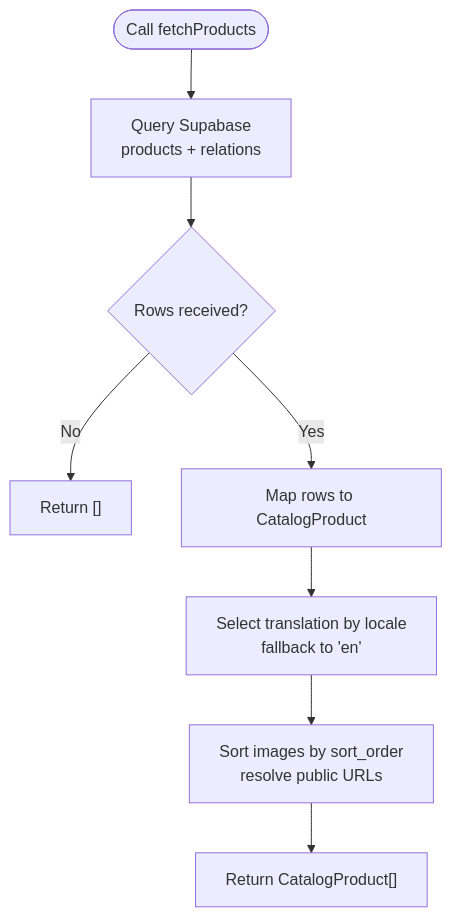
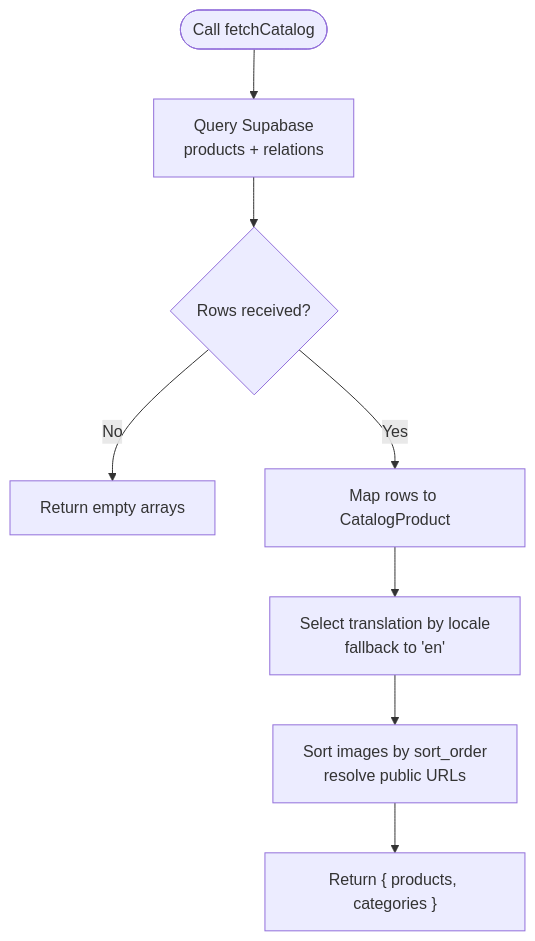
Before and after one commit to RaccoonPie-314/Raccoon-Gear-Bin: the third of 8 diagrams in .qoder/repowiki/en/content/Architecture & Design/Frontend Architecture/State Management & Composables.md, drawn with Mermaid. The commit also changed other lines of this file and 65 other files, not shown here.

````diff
--- a/.qoder/repowiki/en/content/Architecture & Design/Frontend Architecture/State Management & Composables.md
+++ b/.qoder/repowiki/en/content/Architecture & Design/Frontend Architecture/State Management & Composables.md
@@ -145,10 +169,10 @@
 ```mermaid
 flowchart TD
-Start(["Call fetchProducts"]) --> Query["Query Supabase<br/>products + relations"]
+Start(["Call fetchCatalog"]) --> Query["Query Supabase<br/>products + relations"]
 Query --> Rows{"Rows received?"}
-Rows --> |No| ReturnEmpty["Return []"]
+Rows --> |No| ReturnEmpty["Return empty arrays"]
 Rows --> |Yes| Map["Map rows to CatalogProduct"]
 Map --> LocaleSelect["Select translation by locale<br/>fallback to 'en'"]
 LocaleSelect --> Images["Sort images by sort_order<br/>resolve public URLs"]
-Images --> Result["Return CatalogProduct[]"]
+Images --> Result["Return { products, categories }"]
 ```
````
